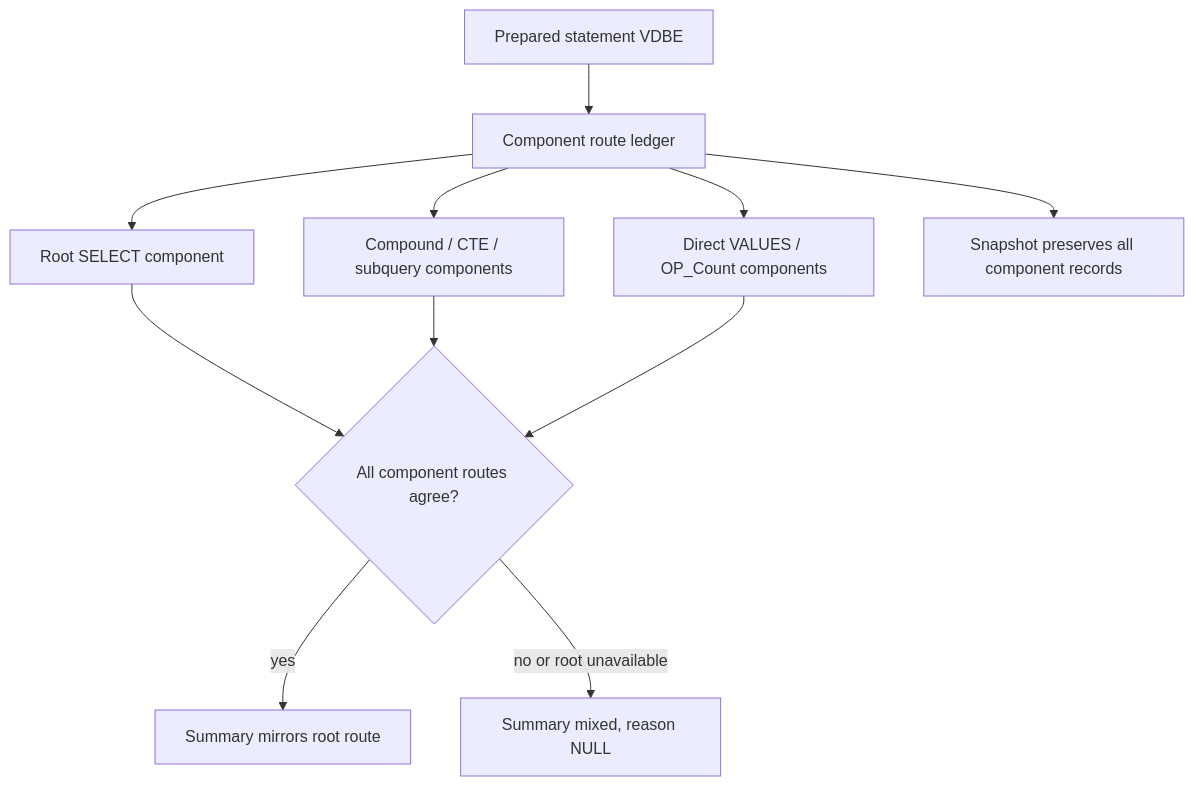
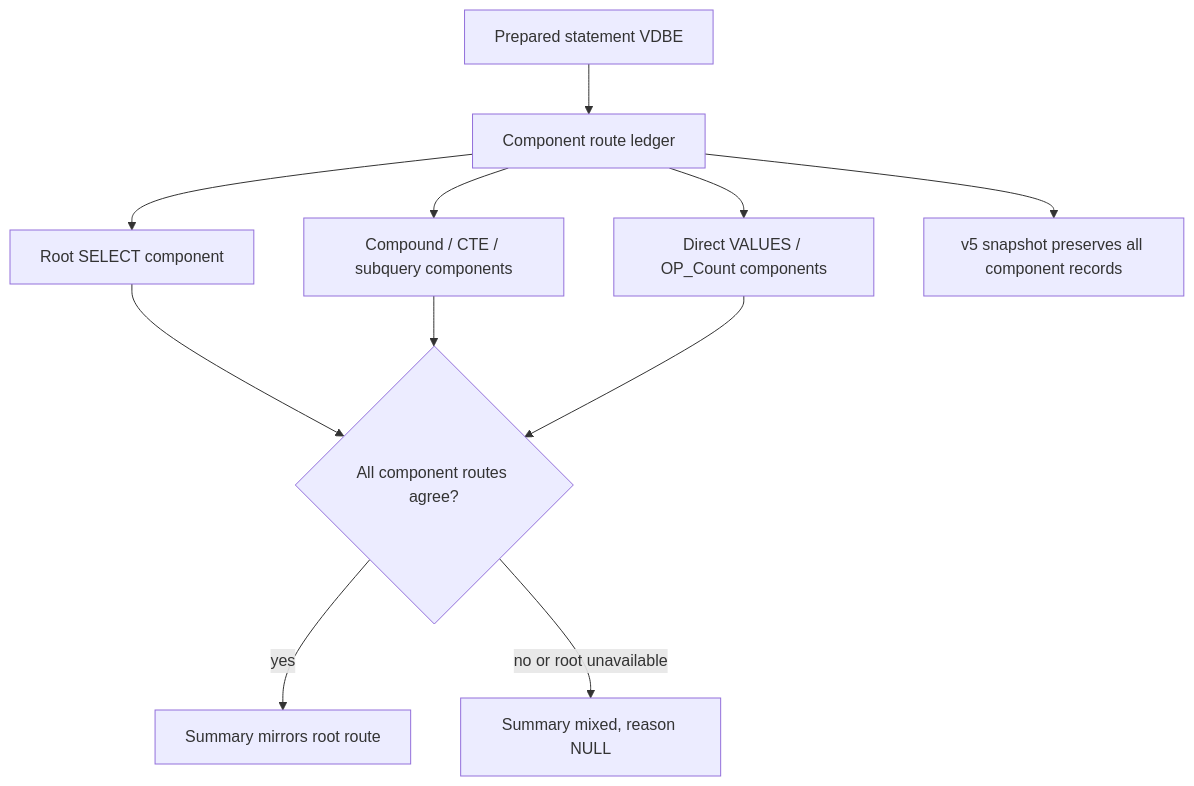
One commit to tsafin/tarantool-dsql changed the second of 4 diagrams in docs/vdbe/planner_vm_migration.md. Above: the diagram before and after it, drawn with Mermaid. The commit also changed other lines of this file and 1 other file, not shown here.

Commit message:
docs(sql): record component route ledger status

````diff
--- a/docs/vdbe/planner_vm_migration.md
+++ b/docs/vdbe/planner_vm_migration.md
@@ -489,13 +498,13 @@
 ```mermaid
 flowchart TD
   S[Prepared statement VDBE] --> L[Component route ledger]
   L --> R[Root SELECT component]
   L --> C[Compound / CTE / subquery components]
   L --> D[Direct VALUES / OP_Count components]
   R --> A{All component routes agree?}
   C --> A
   D --> A
   A -- yes --> T[Summary mirrors root route]
   A -- no or root unavailable --> M[Summary mixed, reason NULL]
-  L --> X[Snapshot preserves all component records]
+  L --> X[v5 snapshot preserves all component records]
 ```
````
